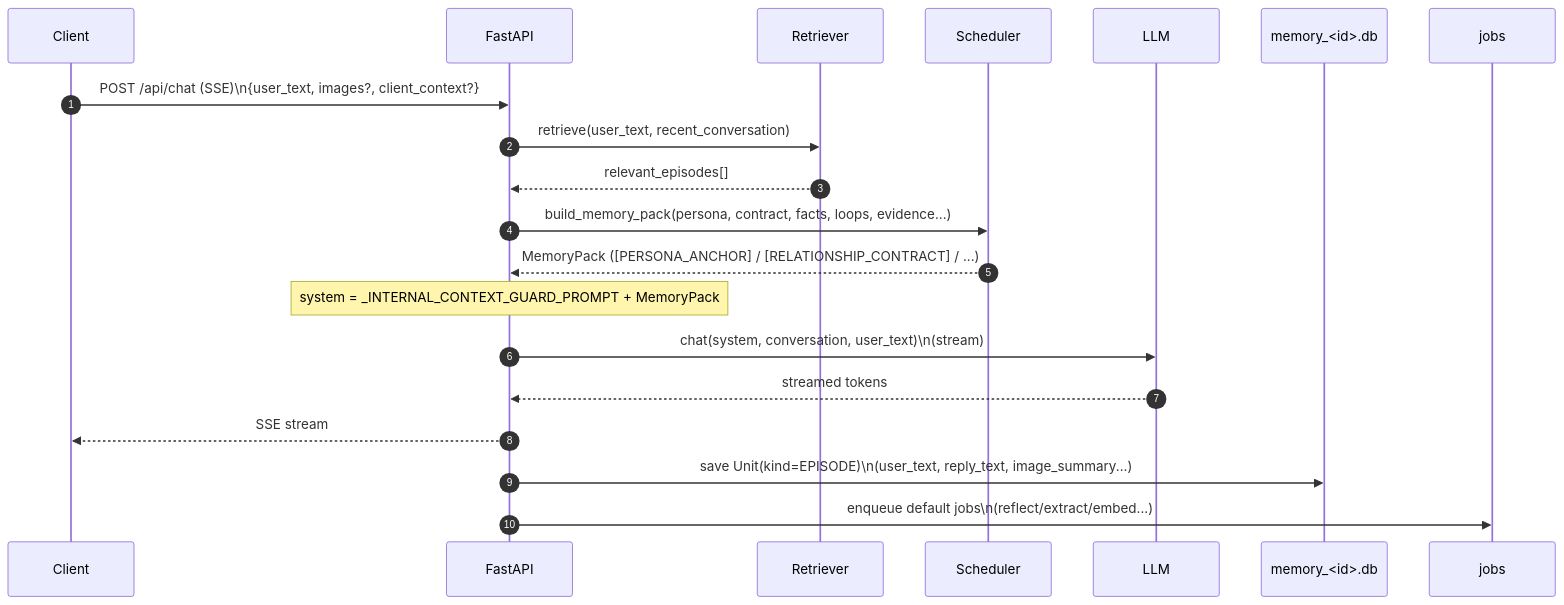
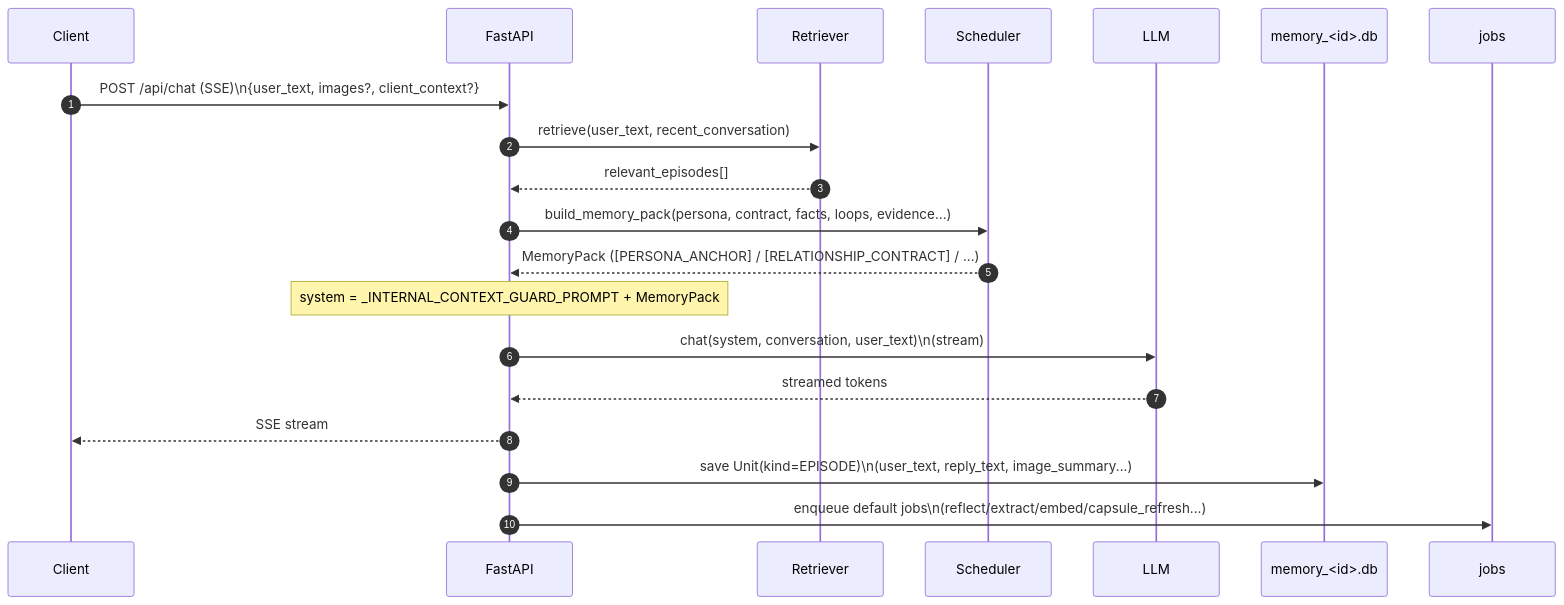
The second of 3 diagrams in docs/prompt_usage_map.md (hirona98/cocoro_ghost), drawn with Mermaid before and after one commit. The commit also changed other lines of this file and 3 other files, not shown here.

````diff
--- a/docs/prompt_usage_map.md
+++ b/docs/prompt_usage_map.md
@@ -64,23 +66,23 @@
 ```mermaid
 sequenceDiagram
   autonumber
   participant UI as Client
   participant API as FastAPI
   participant RET as Retriever
   participant SCH as Scheduler
   participant LLM as LLM
   participant DB as memory_<id>.db
   participant Q as jobs
 
   UI->>API: POST /api/chat (SSE)\n{user_text, images?, client_context?}
   API->>RET: retrieve(user_text, recent_conversation)
   RET-->>API: relevant_episodes[]
   API->>SCH: build_memory_pack(persona, contract, facts, loops, evidence...)
   SCH-->>API: MemoryPack ([PERSONA_ANCHOR] / [RELATIONSHIP_CONTRACT] / ...)
   Note over API: system = _INTERNAL_CONTEXT_GUARD_PROMPT + MemoryPack
   API->>LLM: chat(system, conversation, user_text)\n(stream)
   LLM-->>API: streamed tokens
   API-->>UI: SSE stream
   API->>DB: save Unit(kind=EPISODE)\n(user_text, reply_text, image_summary...)
-  API->>Q: enqueue default jobs\n(reflect/extract/embed...)
+  API->>Q: enqueue default jobs\n(reflect/extract/embed/capsule_refresh...)
 ```
````
